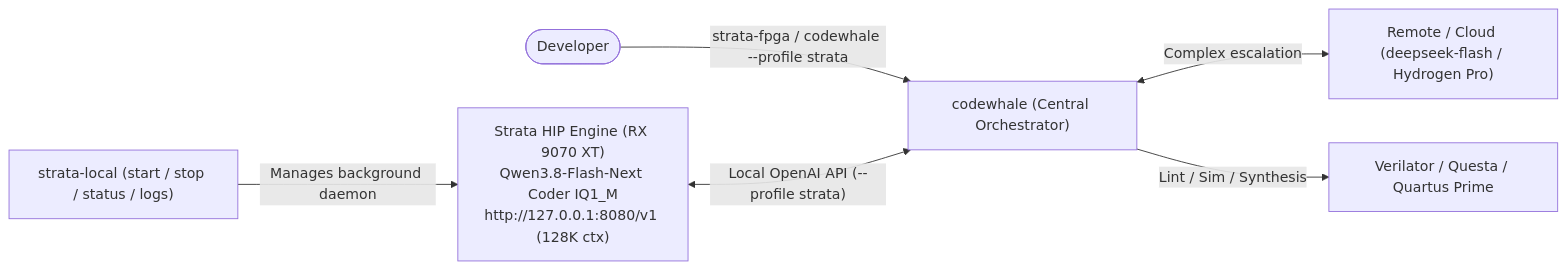
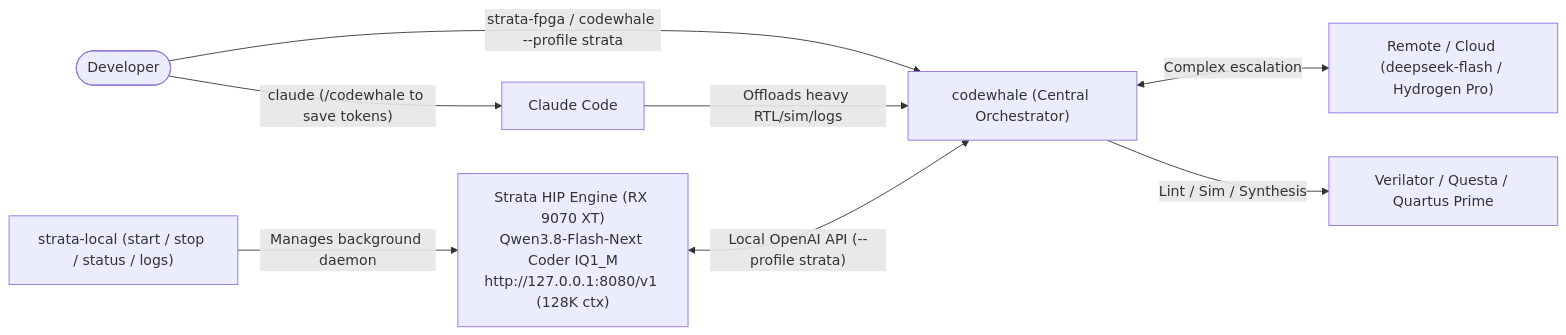
One commit to DanimanX/9070FpgaIAWorkflow changed the diagram in README.md. Above: the diagram before and after it, drawn with Mermaid. The commit also changed other lines of this file and 1 other file, not shown here.

Commit message:
Add Claude Code integration to delegate heavy tasks to codewhale

````diff
--- a/README.md
+++ b/README.md
@@ -26,8 +27,10 @@
 ```mermaid
 flowchart LR
     Dev(["Developer"]) -->|"strata-fpga / codewhale --profile strata"| CW["codewhale (Central Orchestrator)"]
+    Dev -->|"claude (/codewhale to save tokens)"| Claude["Claude Code"]
+    Claude -->|"Offloads heavy RTL/sim/logs"| CW
     Ctrl["strata-local (start / stop / status / logs)"] -->|"Manages background daemon"| Strata
     Strata["Strata HIP Engine (RX 9070 XT)<br/>Qwen3.8-Flash-Next Coder IQ1_M<br/>http://127.0.0.1:8080/v1 (128K ctx)"] <-->|"Local OpenAI API (--profile strata)"| CW
     CW <-->|"Complex escalation"| Cloud["Remote / Cloud (deepseek-flash / Hydrogen Pro)"]
     CW -->|"Lint / Sim / Synthesis"| Tools["Verilator / Questa / Quartus Prime"]
 ```
````
